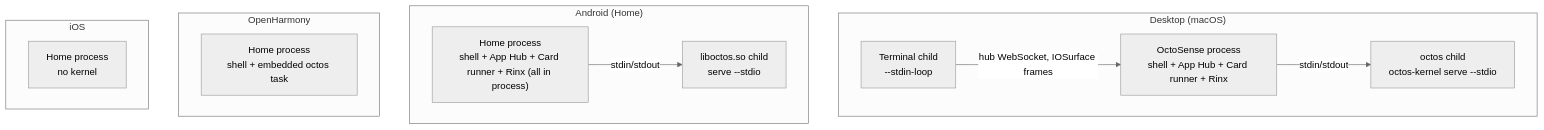
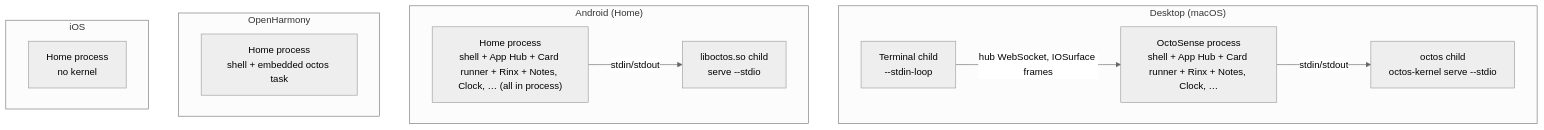
The second of 5 diagrams in docs/architecture.md (OctoSense-org/OctoSense), drawn with Mermaid (neutral theme) before and after one commit. The commit also changed other lines of this file and 24 other files, not shown here.

````diff
--- a/docs/architecture.md
+++ b/docs/architecture.md
@@ -149,21 +149,21 @@
 ```mermaid
 flowchart TB
   subgraph desktop["Desktop (macOS)"]
-    ds["OctoSense process<br/>shell + App Hub + Card runner + Rinx"]
+    ds["OctoSense process<br/>shell + App Hub + Card runner + Rinx + Notes, Clock, …"]
     dk["octos child<br/>octos-kernel serve --stdio"]
     dt["Terminal child<br/>--stdin-loop"]
     ds -- "stdin/stdout" --> dk
     dt -- "hub WebSocket, IOSurface frames" --> ds
   end
   subgraph android["Android (Home)"]
-    as["Home process<br/>shell + App Hub + Card runner + Rinx (all in process)"]
+    as["Home process<br/>shell + App Hub + Card runner + Rinx + Notes, Clock, … (all in process)"]
     ak["liboctos.so child<br/>serve --stdio"]
     as -- "stdin/stdout" --> ak
   end
   subgraph ohos["OpenHarmony"]
     os["Home process<br/>shell + embedded octos task"]
   end
   subgraph ios["iOS"]
     is["Home process<br/>no kernel"]
   end
 ```
````
